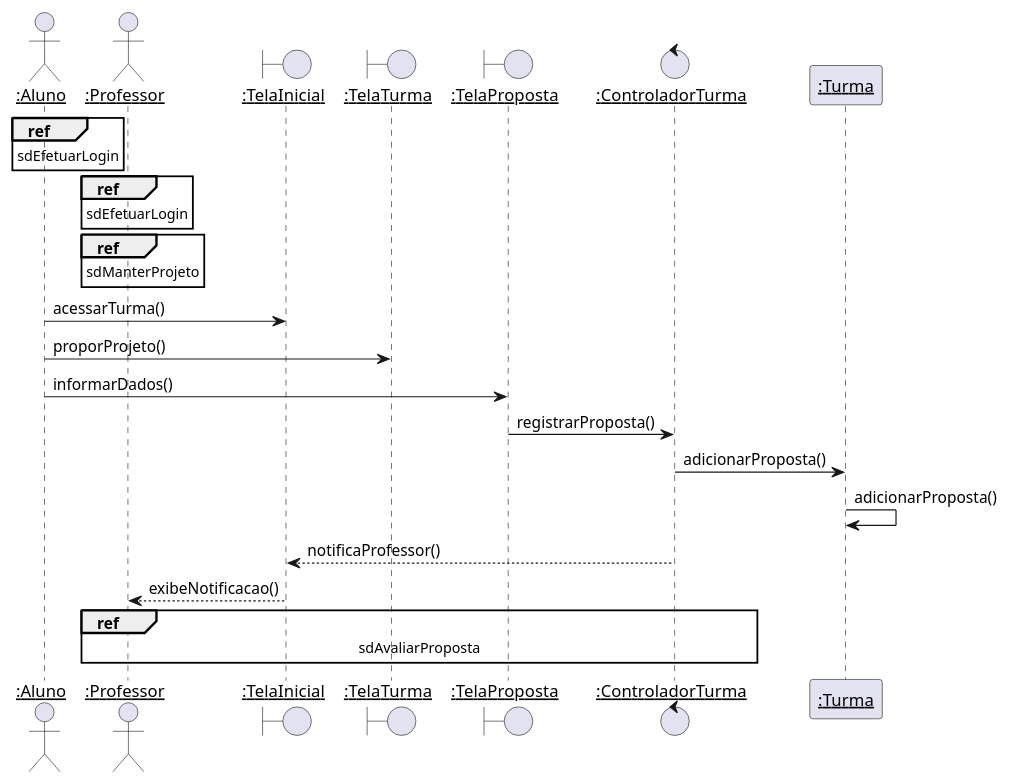
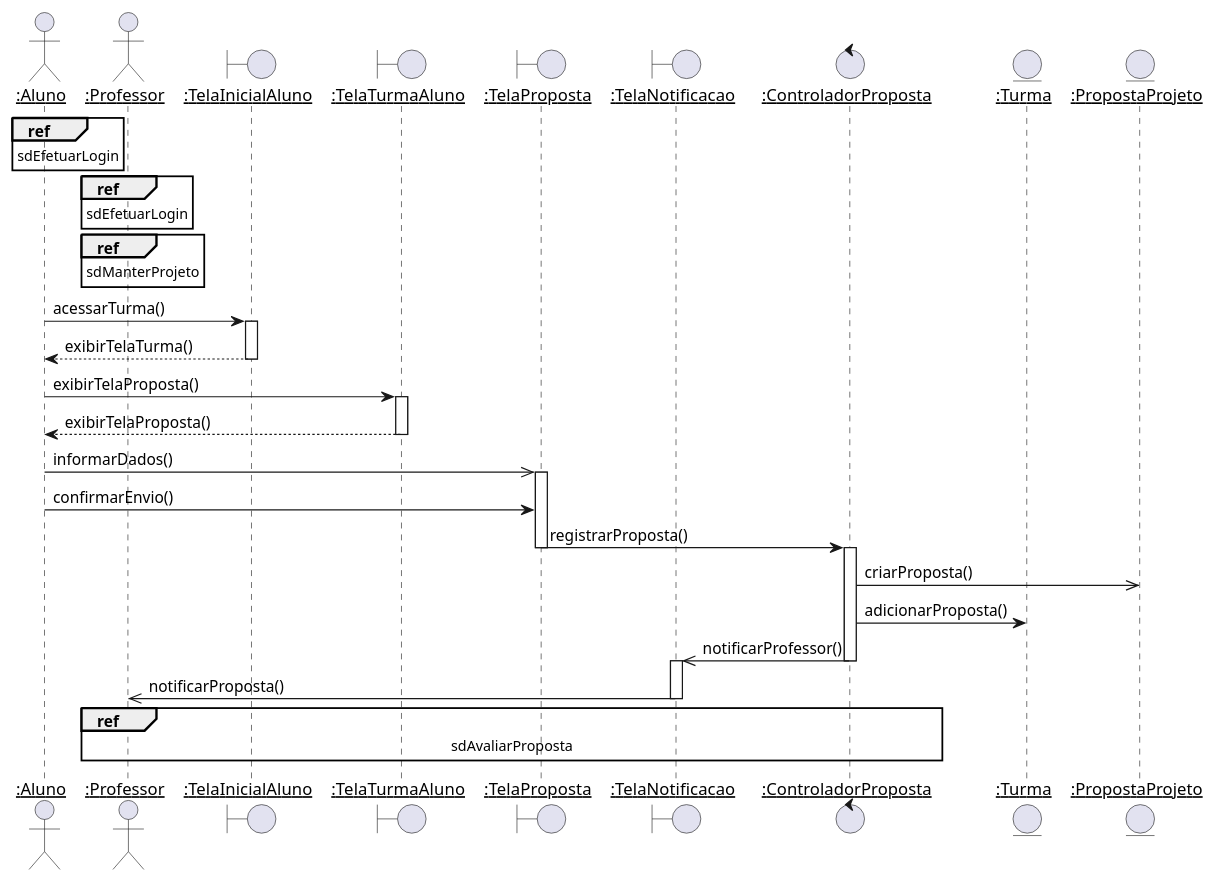
Before and after one commit to Pedro-V/projetorium: the diagram in diagramas/sequencia/propor_projeto.puml, drawn with PlantUML. The commit also changed 5 other files, not shown here.

Commit message:
Primeiros usecases feitos nos diagramas de classe e sequencia

```diff
--- a/diagramas/sequencia/propor_projeto.puml
+++ b/diagramas/sequencia/propor_projeto.puml
@@ -1,27 +1,32 @@
 @startuml
 skinparam sequenceParticipant underline
 
 actor ":Aluno" as Aluno
 actor ":Professor" as Professor
-boundary ":TelaInicial" as TelaInicial
-boundary ":TelaTurma" as TelaTurma
+boundary ":TelaInicialAluno" as TelaInicialAluno
+boundary ":TelaTurmaAluno" as TelaTurmaAluno
 boundary ":TelaProposta" as TelaProposta
-control ":ControladorTurma" as ControladorTurma
-participant ":Turma" as Turma
+boundary ":TelaNotificacao" as TelaNotificacao
+control ":ControladorProposta" as ControladorProposta
+entity ":Turma" as Turma
+entity ":PropostaProjeto" as PropostaProjeto
 
 ref over Aluno : sdEfetuarLogin
 ref over Professor : sdEfetuarLogin
 ref over Professor : sdManterProjeto
 
-Aluno -> TelaInicial : acessarTurma()
-Aluno -> TelaTurma : proporProjeto()
-Aluno -> TelaProposta : informarDados()
+Aluno -> TelaInicialAluno ++: acessarTurma()
+TelaInicialAluno --> Aluno --: exibirTelaTurma()
+Aluno -> TelaTurmaAluno ++: exibirTelaProposta()
+TelaTurmaAluno --> Aluno --: exibirTelaProposta()
+Aluno ->> TelaProposta ++: informarDados()
+Aluno -> TelaProposta : confirmarEnvio()
 
-TelaProposta -> ControladorTurma : registrarProposta()
-ControladorTurma -> Turma : adicionarProposta()
-Turma -> Turma : adicionarProposta()
-ControladorTurma --> TelaInicial : notificaProfessor()
-TelaInicial --> Professor : exibeNotificacao()
+TelaProposta -> ControladorProposta --++: registrarProposta()
+ControladorProposta ->> PropostaProjeto : criarProposta()
+ControladorProposta -> Turma : adicionarProposta()
+ControladorProposta ->> TelaNotificacao --++: notificarProfessor()
+TelaNotificacao ->> Professor --: notificarProposta()
 
-ref over Professor, ControladorTurma : sdAvaliarProposta
+ref over Professor, ControladorProposta : sdAvaliarProposta
 @enduml
```
